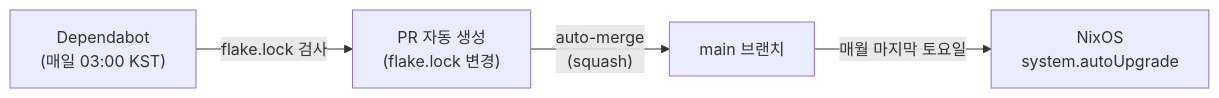
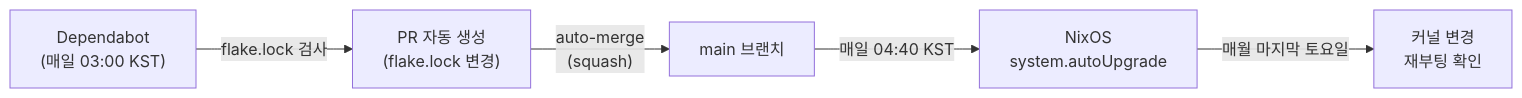
One commit to SBEE-Lab/infra changed the second of 2 diagrams in docs/admin/ci-cd.md. Above: the diagram before and after it, drawn with Mermaid. The commit also changed other lines of this file and 21 other files, not shown here.

````diff
--- a/docs/admin/ci-cd.md
+++ b/docs/admin/ci-cd.md
@@ -100,6 +100,7 @@
 ```mermaid
 flowchart LR
   cron["Dependabot<br/>(매일 03:00 KST)"] -- "flake.lock 검사" --> pr["PR 자동 생성<br/>(flake.lock 변경)"]
   pr -- "auto-merge<br/>(squash)" --> main["main 브랜치"]
-  main -- "매월 마지막 토요일" --> upgrade["NixOS<br/>system.autoUpgrade"]
+  main -- "매일 04:40 KST" --> upgrade["NixOS<br/>system.autoUpgrade"]
+  upgrade -- "매월 마지막 토요일" --> reboot["커널 변경<br/>재부팅 확인"]
 ```
````
